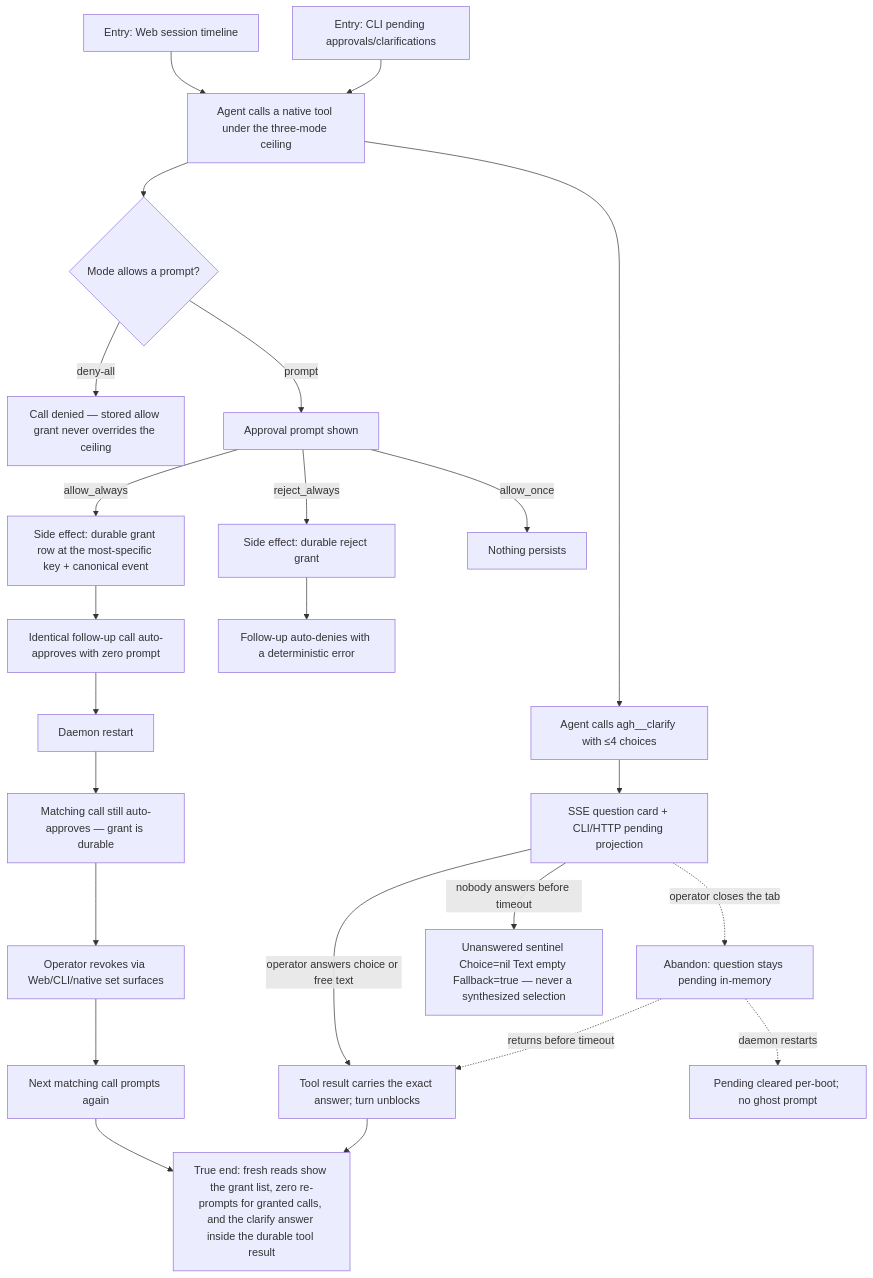
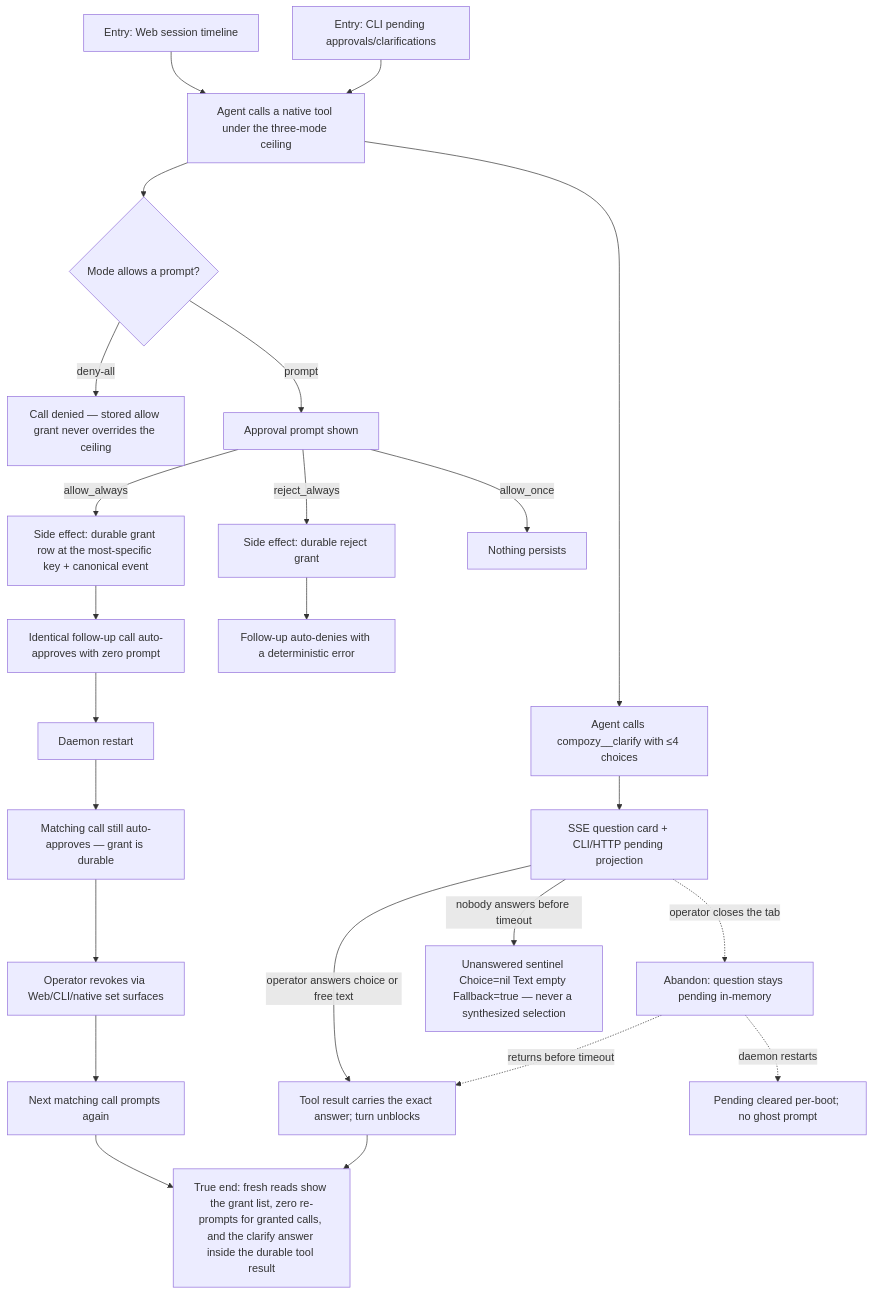
One commit to compozy/compozy changed the diagram in docs/qa/journeys/J-answer-agent-requests.md. Above: the diagram before and after it, drawn with Mermaid. The commit also changed other lines of this file and 831 other files, not shown here.

````diff
--- a/docs/qa/journeys/J-answer-agent-requests.md
+++ b/docs/qa/journeys/J-answer-agent-requests.md
@@ -9,26 +9,26 @@
 ```mermaid
 flowchart TD
     E1[Entry: Web session timeline] --> P[Agent calls a native tool under the three-mode ceiling]
     E2[Entry: CLI pending approvals/clarifications] --> P
     P --> M{Mode allows a prompt?}
     M -->|deny-all| DENY[Call denied — stored allow grant never overrides the ceiling]
     M -->|prompt| A[Approval prompt shown]
     A -->|allow_always| G[Side effect: durable grant row at the most-specific key + canonical event]
     A -->|reject_always| RJ[Side effect: durable reject grant]
     A -->|allow_once| ONCE[Nothing persists]
     G --> F[Identical follow-up call auto-approves with zero prompt]
     RJ --> FD[Follow-up auto-denies with a deterministic error]
     F --> R[Daemon restart]
     R --> F2[Matching call still auto-approves — grant is durable]
     F2 --> RV[Operator revokes via Web/CLI/native set surfaces]
     RV --> RP[Next matching call prompts again]
-    P --> C[Agent calls agh__clarify with ≤4 choices]
+    P --> C[Agent calls compozy__clarify with ≤4 choices]
     C --> Q[SSE question card + CLI/HTTP pending projection]
     Q -->|operator answers choice or free text| AN[Tool result carries the exact answer; turn unblocks]
     Q -->|nobody answers before timeout| TS[Unanswered sentinel Choice=nil Text empty Fallback=true — never a synthesized selection]
     Q -.->|operator closes the tab| AB[Abandon: question stays pending in-memory]
     AB -.->|returns before timeout| AN
     AB -.->|daemon restarts| CLR[Pending cleared per-boot; no ghost prompt]
     AN --> TE[True end: fresh reads show the grant list, zero re-prompts for granted calls, and the clarify answer inside the durable tool result]
     RP --> TE
 ```
````
